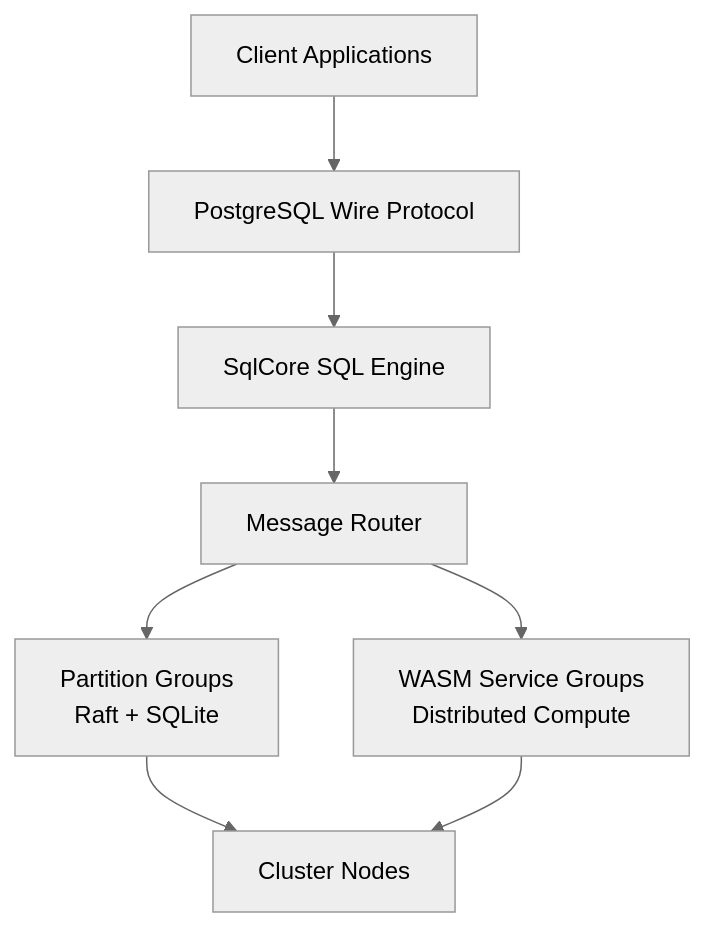
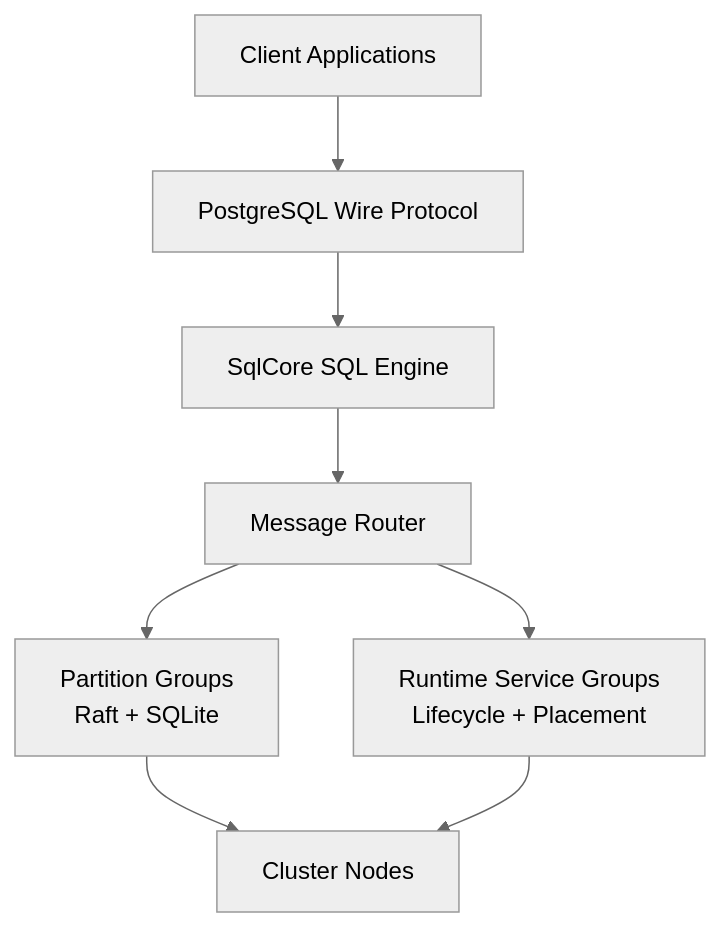
One commit to psvensson/lagrange changed the diagram in README.md. Above: the diagram before and after it, drawn with Mermaid (neutral theme). The commit also changed other lines of this file and 21 other files, not shown here.

````diff
--- a/README.md
+++ b/README.md
@@ -513,25 +529,25 @@
 ```mermaid
 flowchart TD
 
 Client[Client Applications]
 SQL[PostgreSQL Wire Protocol]
 
 Client --> SQL
 
 SQL --> SqlCore
 
 SqlCore[SqlCore SQL Engine]
 
 SqlCore --> Router[Message Router]
 
 Router --> Partitions
-Router --> Wasm
+Router --> Runtime
 
 Partitions[Partition Groups<br>Raft + SQLite]
-Wasm[WASM Service Groups<br>Distributed Compute]
+Runtime[Runtime Service Groups<br>Lifecycle + Placement]
 
 Partitions --> Nodes
-Wasm --> Nodes
+Runtime --> Nodes
 
 Nodes[Cluster Nodes]
 ```
````
